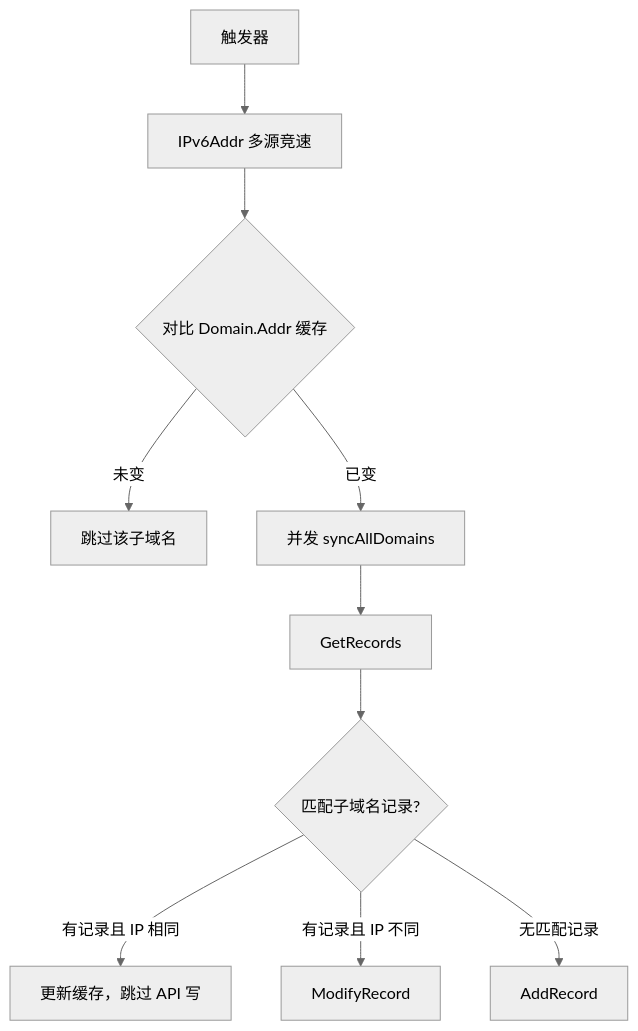
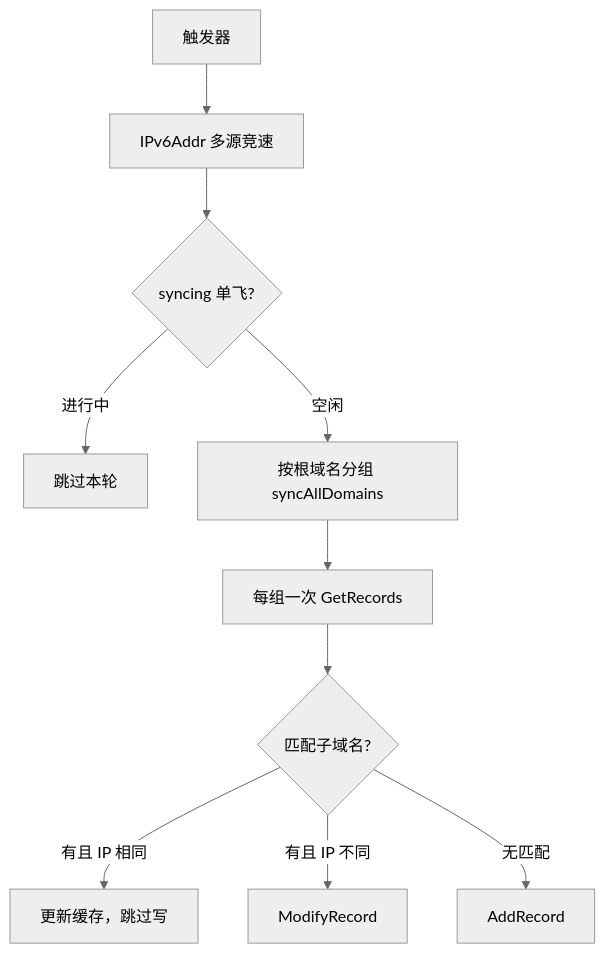
Before and after one commit to notes-bin/ddns6: the diagram in docs/architecture.md, drawn with Mermaid (neutral theme). The commit also changed other lines of this file and 4 other files, not shown here.

````diff
--- a/docs/architecture.md
+++ b/docs/architecture.md
@@ -20,12 +20,12 @@
 ```mermaid
 flowchart TD
     T[触发器] --> G[IPv6Addr 多源竞速]
-    G --> C{对比 Domain.Addr 缓存}
-    C -->|未变| S[跳过该子域名]
-    C -->|已变| P[并发 syncAllDomains]
-    P --> Q[GetRecords]
-    Q --> M{匹配子域名记录?}
-    M -->|有记录且 IP 相同| K[更新缓存，跳过 API 写]
-    M -->|有记录且 IP 不同| U[ModifyRecord]
-    M -->|无匹配记录| A[AddRecord]
+    G --> SF{syncing 单飞?}
+    SF -->|进行中| Skip[跳过本轮]
+    SF -->|空闲| P[按根域名分组 syncAllDomains]
+    P --> Q[每组一次 GetRecords]
+    Q --> M{匹配子域名?}
+    M -->|有且 IP 相同| K[更新缓存，跳过写]
+    M -->|有且 IP 不同| U[ModifyRecord]
+    M -->|无匹配| A[AddRecord]
 ```
````
